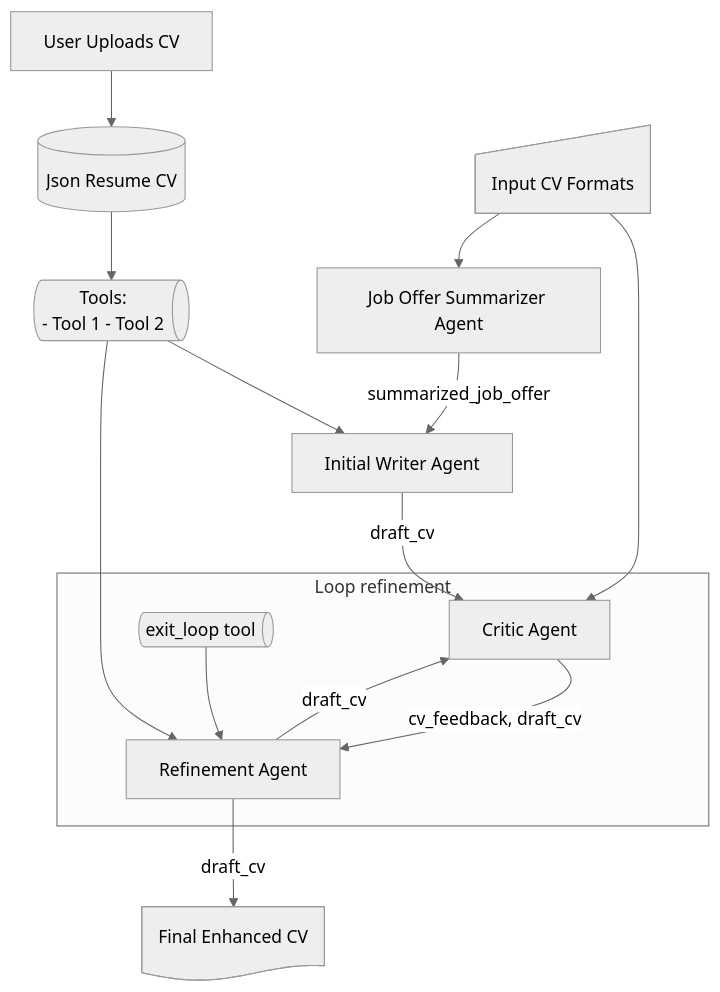
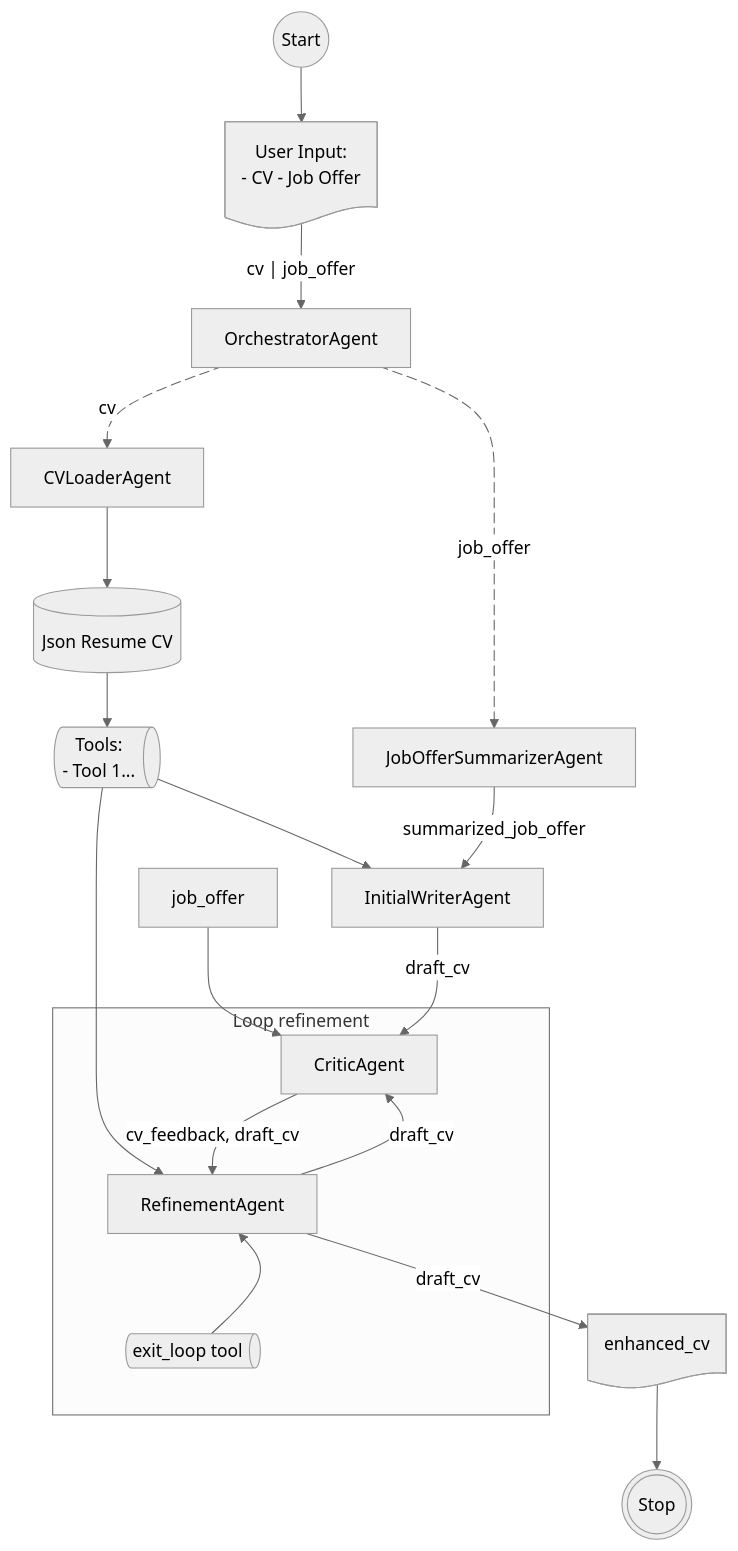
One commit to framunoz/cv-enhancer-gen-ai changed the diagram in README.md. Above: the diagram before and after it, drawn with Mermaid (neutral theme).

Commit message:
docs: Update README.md with enhanced mermaid flowchart for agent interactions

````diff
--- a/README.md
+++ b/README.md
@@ -3,21 +3,31 @@
 ```mermaid
 flowchart TD
-    A[User Uploads CV] --> JsonCV[(Json Resume CV)]
-    JsonCV --> Tools@{ shape: das, label: "Tools:\n- Tool 1\n- Tool 2" }
+    Start@{ shape: circle }
+
+    Start --> user_input@{ shape: doc, label: "User Input:\n- CV - Job Offer" }
+    user_input -- cv | job_offer --> OrchestratorAgent@{ shape: rect }
+    OrchestratorAgent e1@-- cv --> CVLoaderAgent@{ shape: rect }
+    e1@{ animation: fast }
+    OrchestratorAgent e2@-- job_offer --> JobOfferSummarizerAgent
+    e2@{ animation: fast }
+
+    CVLoaderAgent --> JsonCV[(Json Resume CV)]
+    JsonCV --> Tools@{ shape: das, label: "Tools:\n- Tool 1..." }
     Tools --> InitialWriterAgent
     Tools --> RefinementAgent
 
-    Input@{ shape: sl-rect, label: "Input CV Formats" }
-    Input --> CriticAgent
-    Input --> JobOfferSummAgent@{ shape: rect, label: "Job Offer Summarizer Agent" }
-    JobOfferSummAgent -- summarized_job_offer --> InitialWriterAgent@{ shape: rect, label: "Initial Writer Agent" }
+    job_offer --> CriticAgent
+    JobOfferSummarizerAgent@{ shape: rect }
+    JobOfferSummarizerAgent -- summarized_job_offer --> InitialWriterAgent@{ shape: rect }
     InitialWriterAgent -- draft_cv --> CriticAgent
     subgraph Loop refinement
-        CriticAgent@{ shape: rect, label: "Critic Agent" }
-        CriticAgent -- cv_feedback, draft_cv --> RefinementAgent@{ shape: rect, label: "Refinement Agent" }
+        CriticAgent@{ shape: rect }
+        CriticAgent -- cv_feedback, draft_cv --> RefinementAgent@{ shape: rect }
         RefinementAgent -- draft_cv --> CriticAgent
-        Exit@{ shape: das, label: "exit_loop tool" } --> RefinementAgent
+        exit_loop@{ shape: das, label: "exit_loop tool" } --> RefinementAgent
+        RefinementAgent ~~~ exit_loop
     end
     
-    RefinementAgent -- draft_cv --> FinalCV@{ shape: doc, label: "Final Enhanced CV" }
+    RefinementAgent -- draft_cv --> enhanced_cv@{ shape: doc }
+    enhanced_cv --> Stop@{ shape: dbl-circ }
 ```
````
